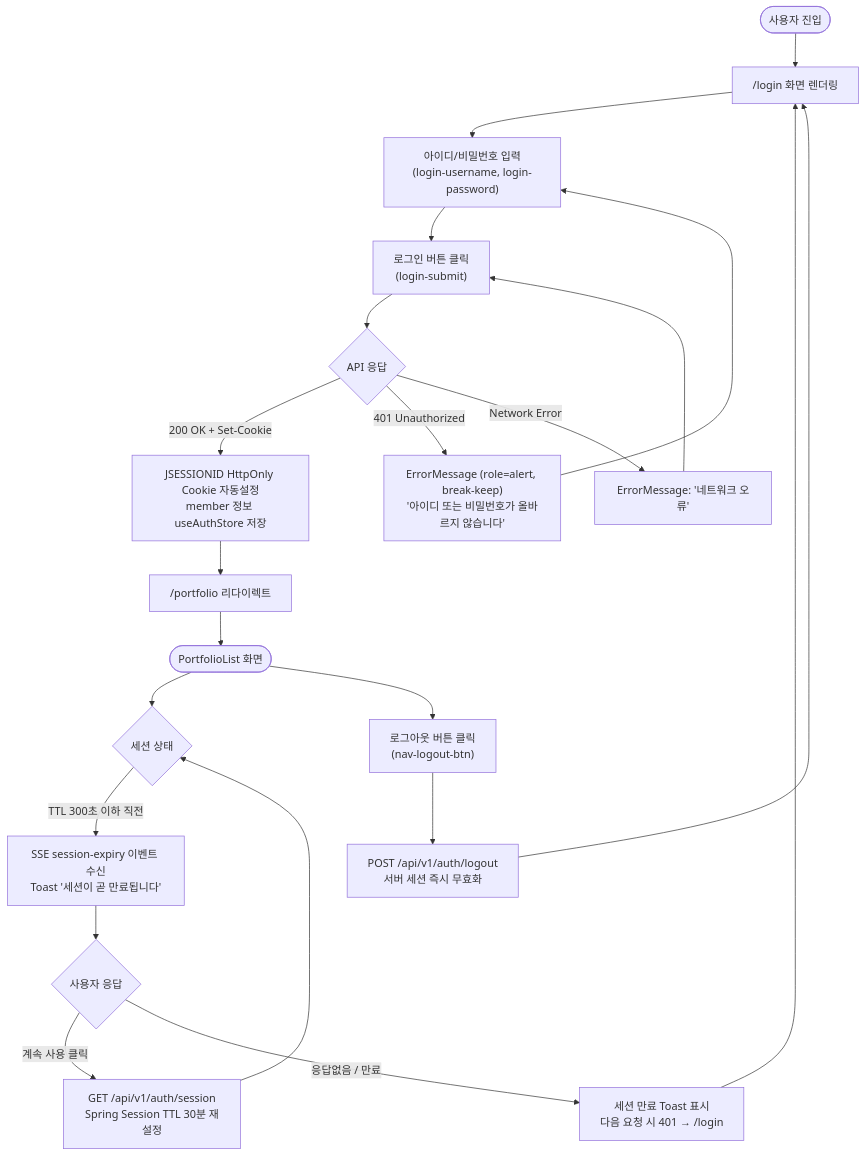
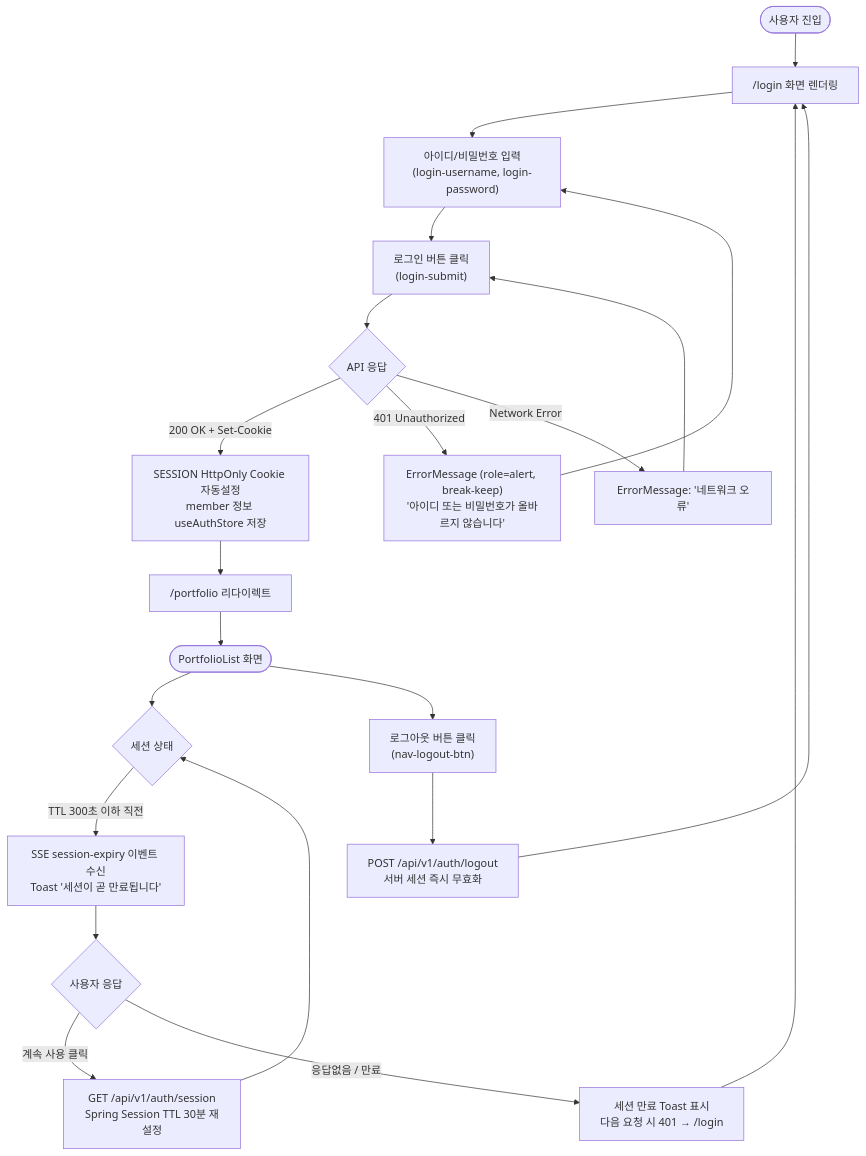
The first of 4 diagrams in _bmad-output/planning-artifacts/ux-design-specification.md (DoYouLikeFIx/FIXYZ), drawn with Mermaid before and after one commit. The commit also changed other lines of this file and 7 other files, not shown here.

````diff
--- a/_bmad-output/planning-artifacts/ux-design-specification.md
+++ b/_bmad-output/planning-artifacts/ux-design-specification.md
@@ -1313,26 +1313,26 @@
 ```mermaid
 flowchart TD
     A([사용자 진입]) --> B["/login 화면 렌더링"]
     B --> C["아이디/비밀번호 입력\n(login-username, login-password)"]
     C --> D["로그인 버튼 클릭\n(login-submit)"]
     D --> E{API 응답}
-    E -->|200 OK + Set-Cookie| F["JSESSIONID HttpOnly Cookie 자동설정\nmember 정보 useAuthStore 저장"]
+    E -->|200 OK + Set-Cookie| F["SESSION HttpOnly Cookie 자동설정\nmember 정보 useAuthStore 저장"]
     F --> G["/portfolio 리다이렉트"]
     G --> H([PortfolioList 화면])
     E -->|401 Unauthorized| I["ErrorMessage (role=alert, break-keep)\n'아이디 또는 비밀번호가 올바르지 않습니다'"]
     I --> C
     E -->|Network Error| J["ErrorMessage: '네트워크 오류'"]
     J --> D
 
     H --> K{세션 상태}
     K -->|TTL 300초 이하 직전| L["SSE session-expiry 이벤트 수신\nToast '세션이 곧 만료됩니다'"]
     L --> M{사용자 응답}
     M -->|"계속 사용" 클릭| MA["GET /api/v1/auth/session\nSpring Session TTL 30분 재설정"]
     MA --> K
     M -->|응답없음 / 만료| N["세션 만료 Toast 표시\n다음 요청 시 401 → /login"]
     N --> B
 
     H --> LO["로그아웃 버튼 클릭\n(nav-logout-btn)"]
     LO --> P["POST /api/v1/auth/logout\n서버 세션 즉시 무효화"]
     P --> B
 ```
````
